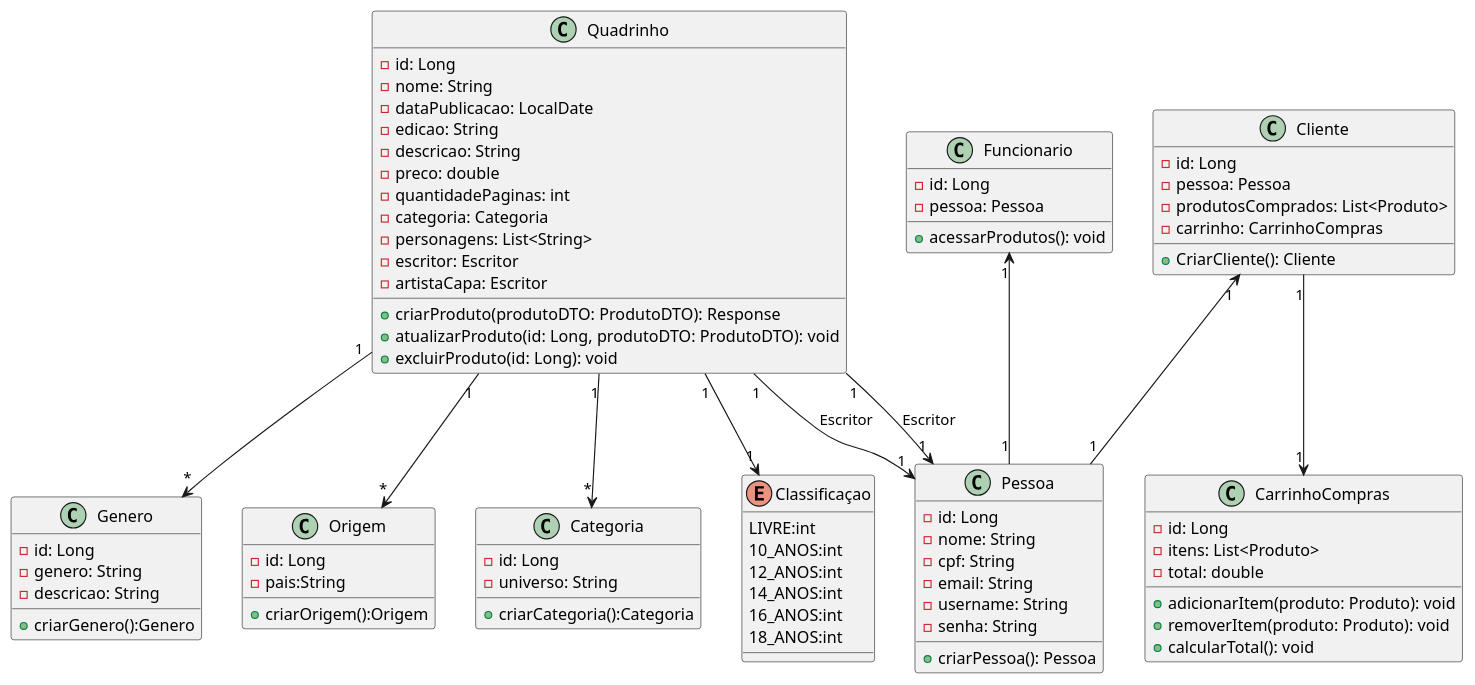
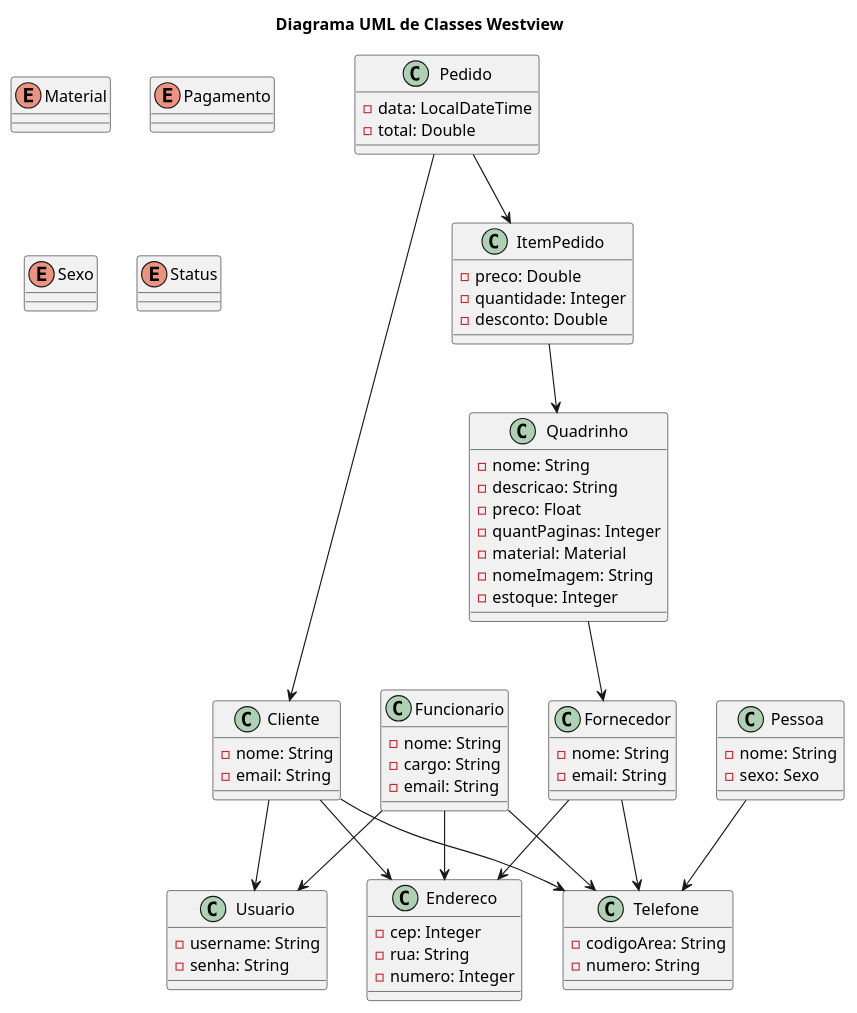
The diagram in src/main/resources/docs/uml.plantuml (paulofveras/Westview), drawn with PlantUML before and after one commit. The commit also changed 8 other files, not shown here.

```diff
--- a/src/main/resources/docs/uml.plantuml
+++ b/src/main/resources/docs/uml.plantuml
@@ -1,91 +1,89 @@
-@startuml westview_quadrinhos
+@startuml
+title Diagrama UML de Classes Westview
 
-enum Classificaçao {
-    LIVRE:int
-    10_ANOS:int
-    12_ANOS:int
-    14_ANOS:int
-    16_ANOS:int
-    18_ANOS:int
+class Cliente {
+  - nome: String
+  - email: String
+}
+
+class Endereco {
+  - cep: Integer
+  - rua: String
+  - numero: Integer
+}
+
+class Fornecedor {
+  - nome: String
+  - email: String
+}
+
+class Funcionario {
+  - nome: String
+  - cargo: String
+  - email: String
+}
+
+class ItemPedido {
+  - preco: Double
+  - quantidade: Integer
+  - desconto: Double
+}
+
+class Pedido {
+  - data: LocalDateTime
+  - total: Double
+}
+
+class Pessoa {
+  - nome: String
+  - sexo: Sexo
 }
 
 class Quadrinho {
-    - id: Long
-    - nome: String
-    - dataPublicacao: LocalDate
-    - edicao: String
-    - descricao: String
-    - preco: double
-    - quantidadePaginas: int
-    - categoria: Categoria
-    - personagens: List<String>
-    - escritor: Escritor
-    - artistaCapa: Escritor
-    + criarProduto(produtoDTO: ProdutoDTO): Response
-    + atualizarProduto(id: Long, produtoDTO: ProdutoDTO): void
-    + excluirProduto(id: Long): void
+  - nome: String
+  - descricao: String
+  - preco: Float
+  - quantPaginas: Integer
+  - material: Material
+  - nomeImagem: String
+  - estoque: Integer
 }
 
-class Pessoa {
-    - id: Long
-    - nome: String
-    - cpf: String
-    - email: String
-    - username: String
-    - senha: String
-    +criarPessoa(): Pessoa
+class Telefone {
+  - codigoArea: String
+  - numero: String
 }
 
-class Genero {
-  -id: Long
-  -genero: String
-  -descricao: String
-  +criarGenero():Genero
+class Usuario {
+  - username: String
+  - senha: String
 }
 
-class Origem {
-  -id: Long
-  -pais:String
-  +criarOrigem():Origem
-}
+enum Material
+enum Pagamento
+enum Sexo
+enum Status
 
-class Categoria {
-  -id: Long
-  -universo: String
-  +criarCategoria():Categoria
-}
+' Relationships
 
-class Cliente {
-    - id: Long
-    - pessoa: Pessoa
-    - produtosComprados: List<Produto>
-    - carrinho: CarrinhoCompras
-    +CriarCliente(): Cliente
-}
+Cliente --> Endereco 
+Cliente --> Telefone 
+Cliente --> Usuario 
 
-class Funcionario {
-    - id: Long
-    - pessoa: Pessoa
-    + acessarProdutos(): void
-}
+Fornecedor --> Endereco 
+Fornecedor --> Telefone 
 
-class CarrinhoCompras {
-    - id: Long
-    - itens: List<Produto>
-    - total: double
-    + adicionarItem(produto: Produto): void
-    + removerItem(produto: Produto): void
-    + calcularTotal(): void
-}
+Funcionario --> Endereco 
+Funcionario --> Telefone 
+Funcionario --> Usuario 
 
-Quadrinho "1" --> "*" Categoria
-Quadrinho "1" --> "*" Genero
-Quadrinho "1" --> "*" Origem 
-Quadrinho "1" --> "1" Classificaçao
-Quadrinho "1" --> "1" Pessoa : Escritor
-Quadrinho "1" --> "1" Pessoa : Escritor
-Funcionario "1" <-- "1" Pessoa
-Cliente "1" <-- "1" Pessoa
-Cliente "1" --> "1" CarrinhoCompras
+ItemPedido --> Quadrinho 
+
+Pedido --> Cliente 
+Pedido --> ItemPedido 
+
+Pessoa --> Telefone 
+
+Quadrinho --> Fornecedor 
 
 @enduml
```
